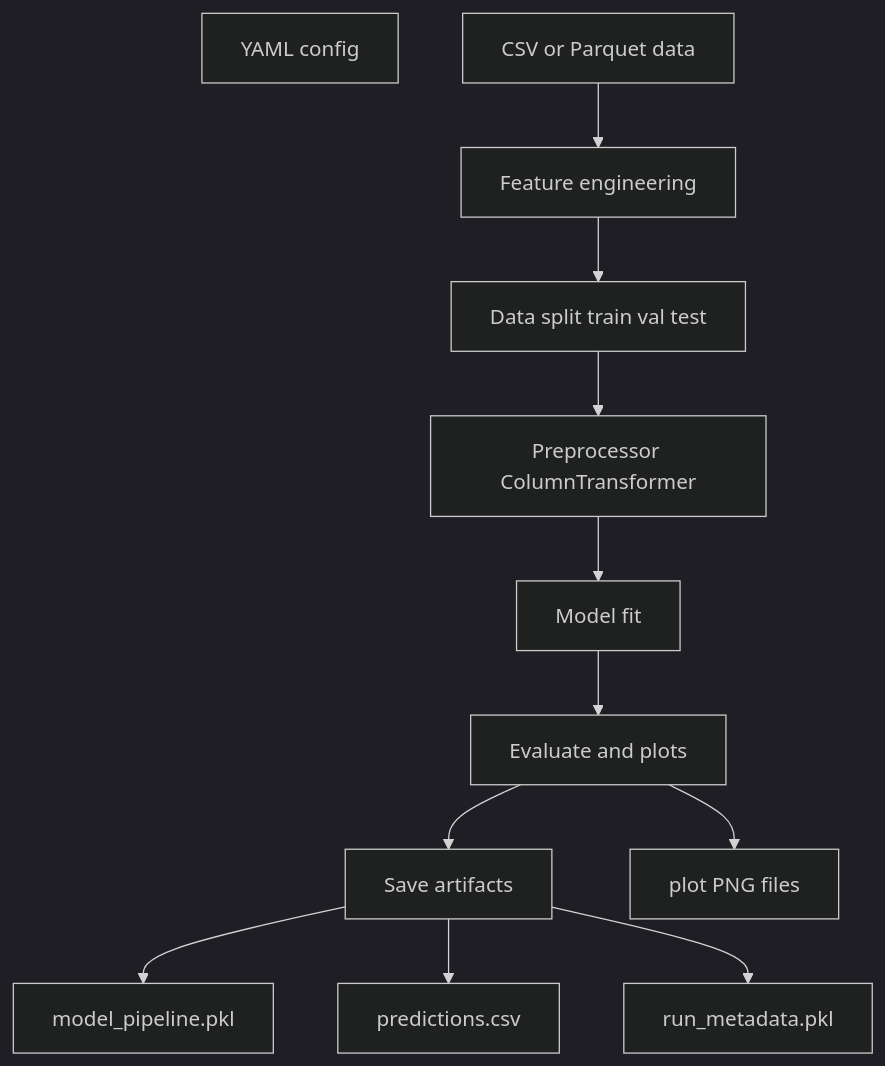
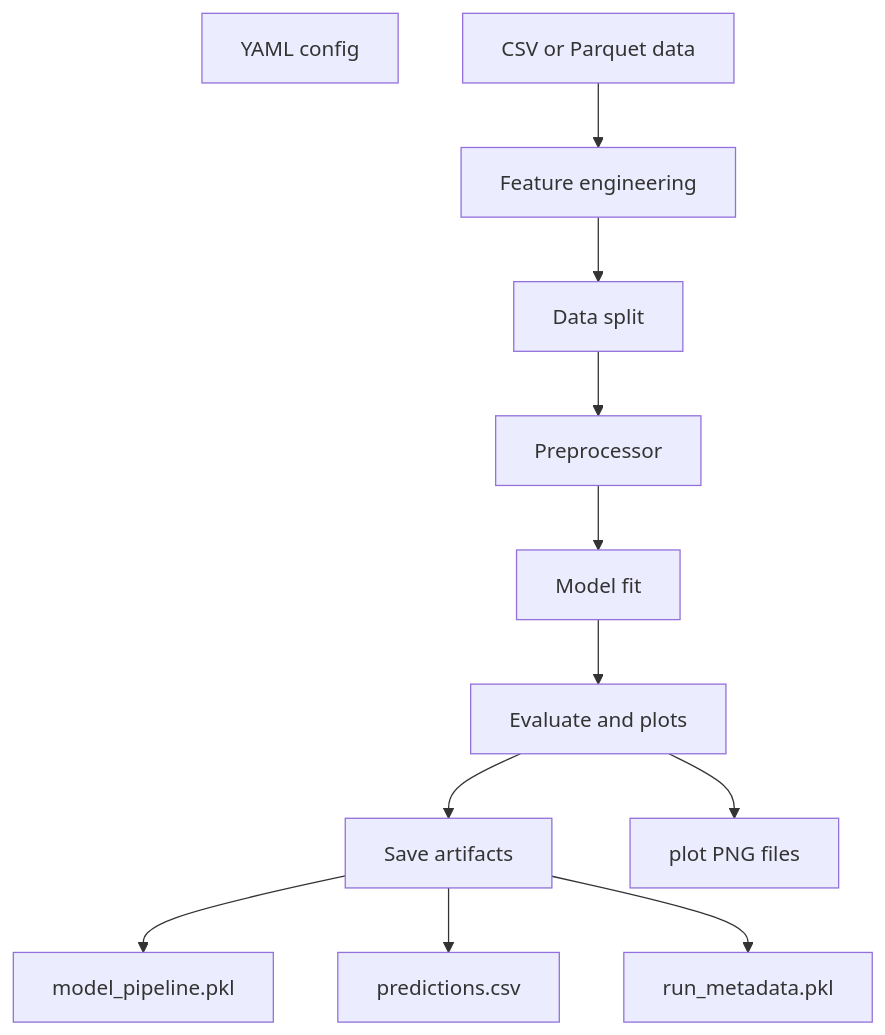
The first of 8 diagrams in README.md (dineshram2004/intuit_assigment), drawn with Mermaid before and after one commit. The commit also changed other lines of this file and 6 other files, not shown here.

````diff
--- a/README.md
+++ b/README.md
@@ -9,27 +9,26 @@
 ```mermaid
-%%{init: {'theme': 'dark'}}%%
 flowchart TB
-    YAML[YAML config]
-    DATA[CSV or Parquet data]
-    FE[Feature engineering]
-    SPLIT[Data split train val test]
-    PRE[Preprocessor ColumnTransformer]
-    MODEL[Model fit]
-    EVAL[Evaluate and plots]
-    SAVE[Save artifacts]
-    PKL[model_pipeline.pkl]
-    CSV[predictions.csv]
-    META[run_metadata.pkl]
-    PNG[plot PNG files]
+    YAML["YAML config"]
+    DATA["CSV or Parquet data"]
+    FE["Feature engineering"]
+    SPLIT["Data split"]
+    PRE["Preprocessor"]
+    MODEL["Model fit"]
+    EVAL["Evaluate and plots"]
+    SAVE["Save artifacts"]
+    PKL["model_pipeline.pkl"]
+    CSV["predictions.csv"]
+    META["run_metadata.pkl"]
+    PNG["plot PNG files"]
 
     DATA --> FE
     FE --> SPLIT
     SPLIT --> PRE
     PRE --> MODEL
     MODEL --> EVAL
     EVAL --> SAVE
     SAVE --> PKL
     SAVE --> CSV
     SAVE --> META
     EVAL --> PNG
 ```
````
